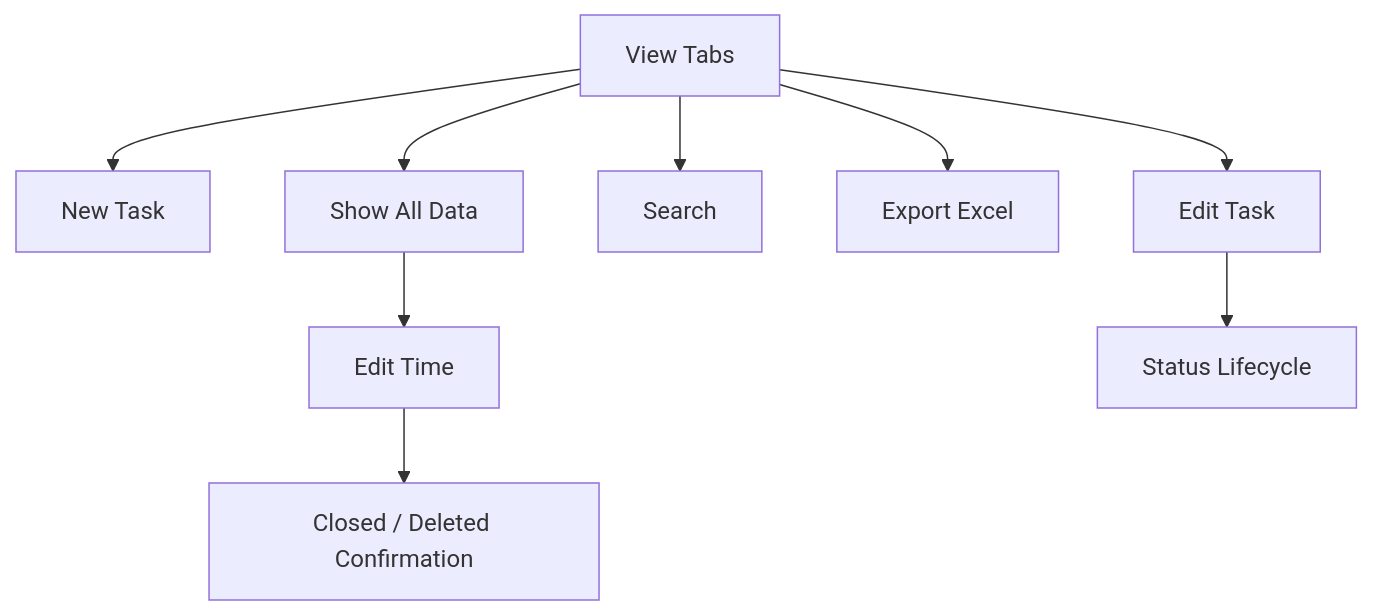
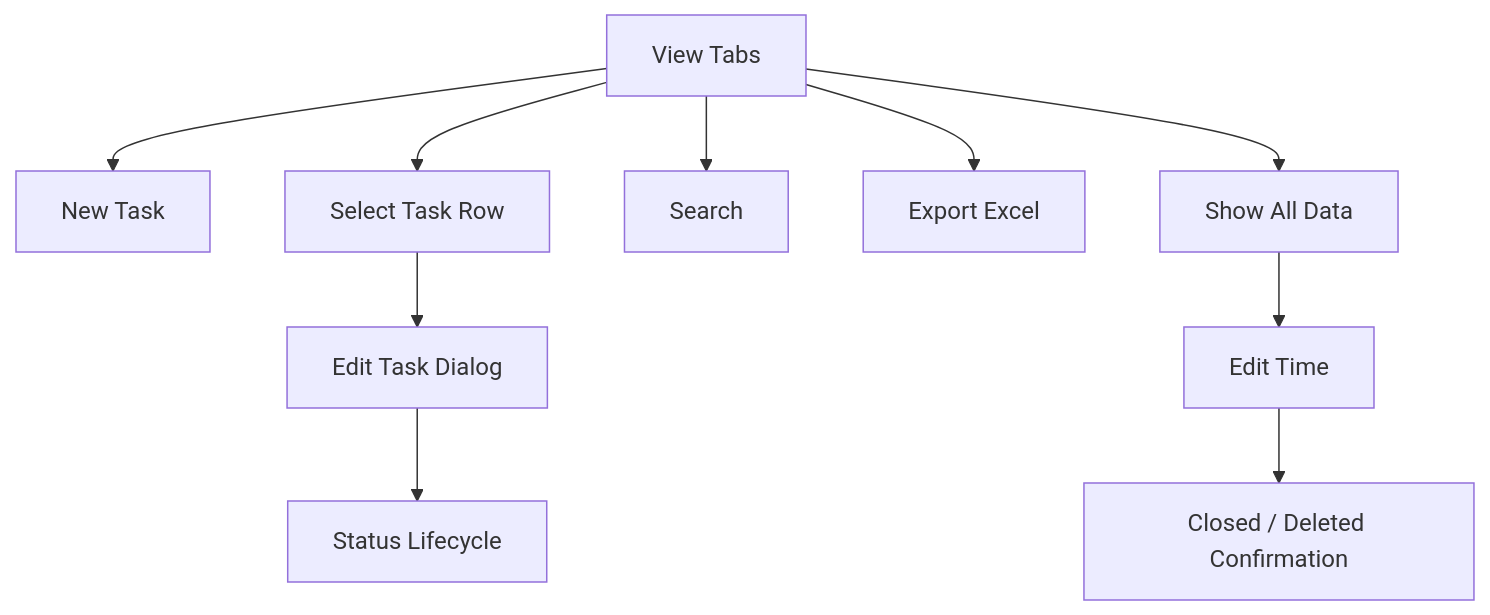
One commit to jaronhoh/Task-Tracker changed the first of 2 diagrams in Phase 1/02-PRD/PRD文档.md. Above: the diagram before and after it, drawn with Mermaid. The commit also changed other lines of this file, not shown here.

Commit message:
Add detailed F01 Task Management PRD draft

````diff
--- a/Phase 1/02-PRD/PRD文档.md
+++ b/Phase 1/02-PRD/PRD文档.md
@@ -106,11 +106,12 @@
 ```mermaid
 flowchart TD
     V["View Tabs"] --> N["New Task"]
-    V --> E["Edit Task"]
+    V --> E["Select Task Row"]
     V --> S["Search"]
     V --> X["Export Excel"]
     V --> A["Show All Data"]
+    E --> D["Edit Task Dialog"]
+    D --> L["Status Lifecycle"]
     A --> T["Edit Time"]
     T --> C["Closed / Deleted Confirmation"]
-    E --> L["Status Lifecycle"]
 ```
````
